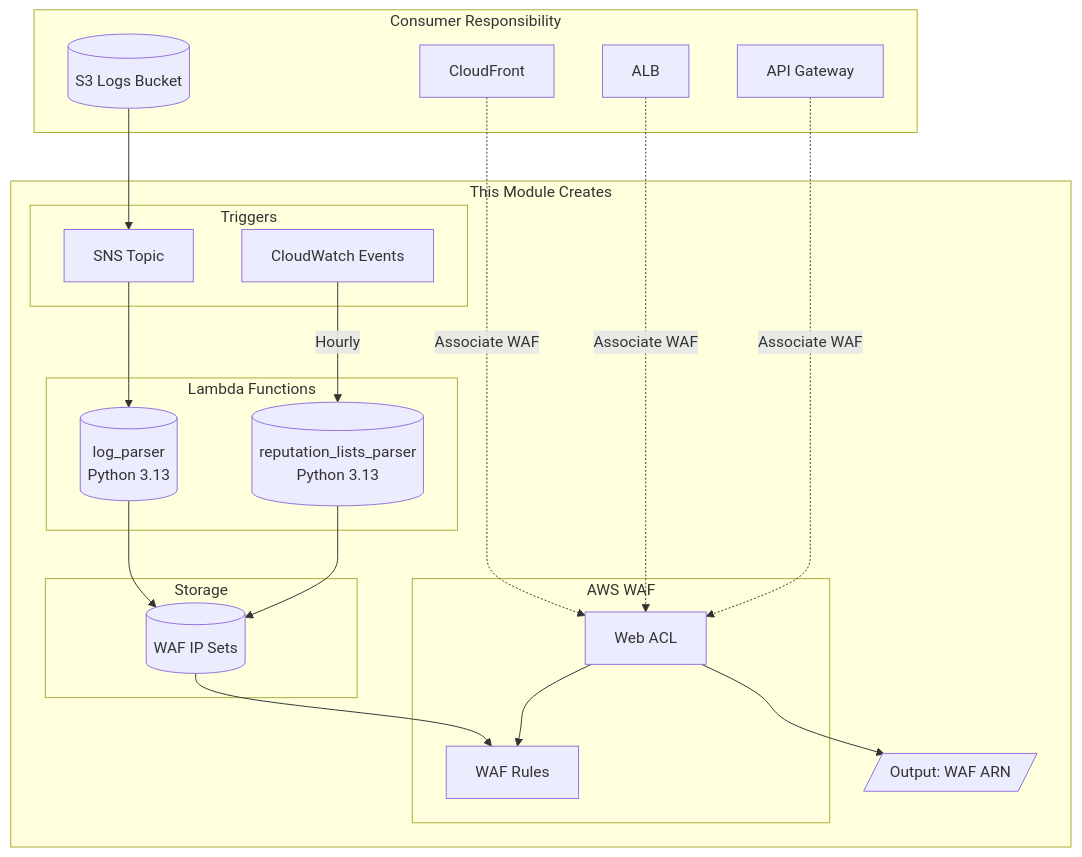
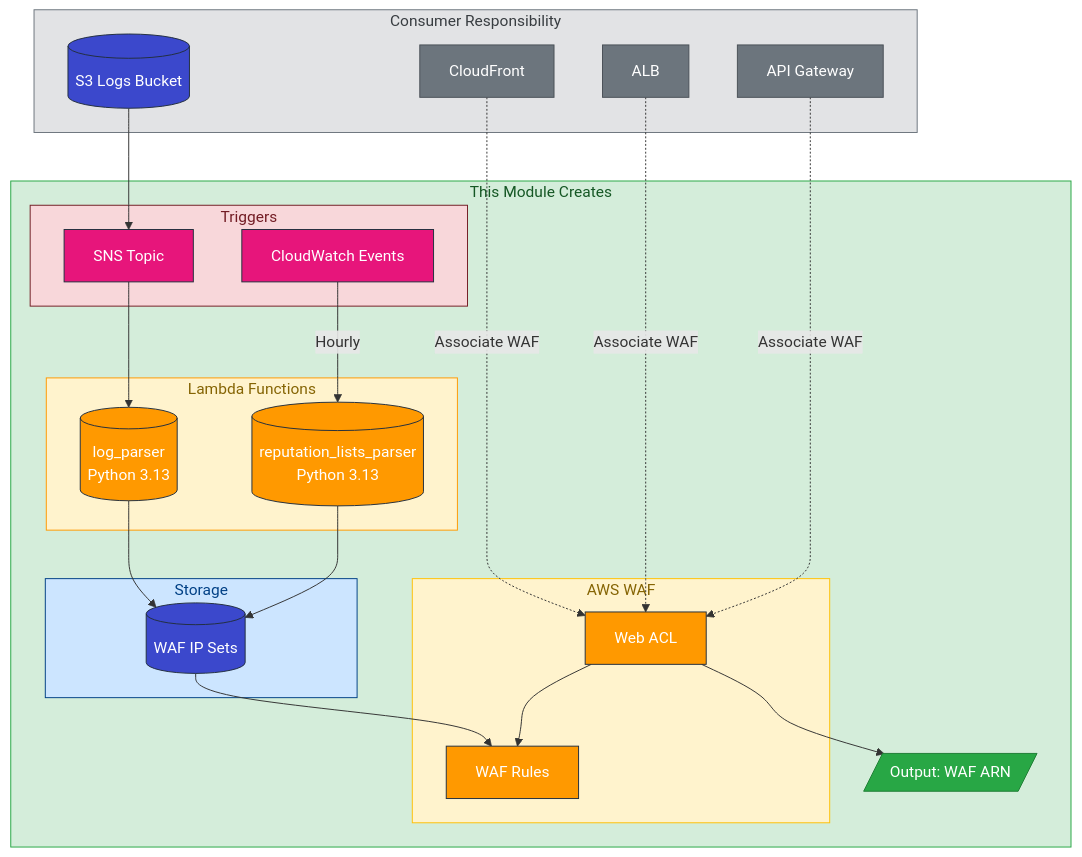
The second of 3 diagrams in README.md (datastreamapp/terraform-waf-module), drawn with Mermaid before and after one commit. The commit also changed other lines of this file and 2 other files, not shown here.

Commit message:
feat(diagrams): add color to diagrams, add testing.md file

````diff
--- a/README.md
+++ b/README.md
@@ -60,42 +67,63 @@
 ```mermaid
 flowchart TB
     subgraph Module["This Module Creates"]
         subgraph WAF["AWS WAF"]
             ACL[Web ACL]
             Rules[WAF Rules]
         end
 
         subgraph Lambda["Lambda Functions"]
             LP[("log_parser<br/>Python 3.13")]
             RP[("reputation_lists_parser<br/>Python 3.13")]
         end
 
         subgraph Storage["Storage"]
             IPSet[(WAF IP Sets)]
         end
 
         subgraph Triggers["Triggers"]
             SNS[SNS Topic]
             CW[CloudWatch Events]
         end
 
         Output[/"Output: WAF ARN"/]
     end
 
     subgraph External["Consumer Responsibility"]
         S3[(S3 Logs Bucket)]
         CF[CloudFront]
         ALB[ALB]
         APIGW[API Gateway]
     end
 
     CF & ALB & APIGW -.->|"Associate WAF"| ACL
     ACL --> Rules
     S3 --> SNS
     SNS --> LP
     LP --> IPSet
     CW -->|Hourly| RP
     RP --> IPSet
     IPSet --> Rules
     ACL --> Output
+
+    style Module fill:#d4edda,stroke:#28a745,color:#155724
+    style External fill:#e2e3e5,stroke:#6c757d,color:#383d41
+    style WAF fill:#fff3cd,stroke:#ffc107,color:#856404
+    style Lambda fill:#fff3cd,stroke:#FF9900,color:#856404
+    style Storage fill:#cce5ff,stroke:#004085,color:#004085
+    style Triggers fill:#f8d7da,stroke:#721c24,color:#721c24
+
+    classDef wafNode fill:#FF9900,stroke:#232F3E,color:white
+    classDef lambdaNode fill:#FF9900,stroke:#232F3E,color:white
+    classDef storageNode fill:#3B48CC,stroke:#232F3E,color:white
+    classDef triggerNode fill:#E7157B,stroke:#232F3E,color:white
+    classDef externalNode fill:#6c757d,stroke:#495057,color:white
+    classDef outputNode fill:#28a745,stroke:#1e7e34,color:white
+
+    class ACL,Rules wafNode
+    class LP,RP lambdaNode
+    class IPSet,S3 storageNode
+    class SNS,CW triggerNode
+    class CF,ALB,APIGW externalNode
+    class Output outputNode
 ```
````
